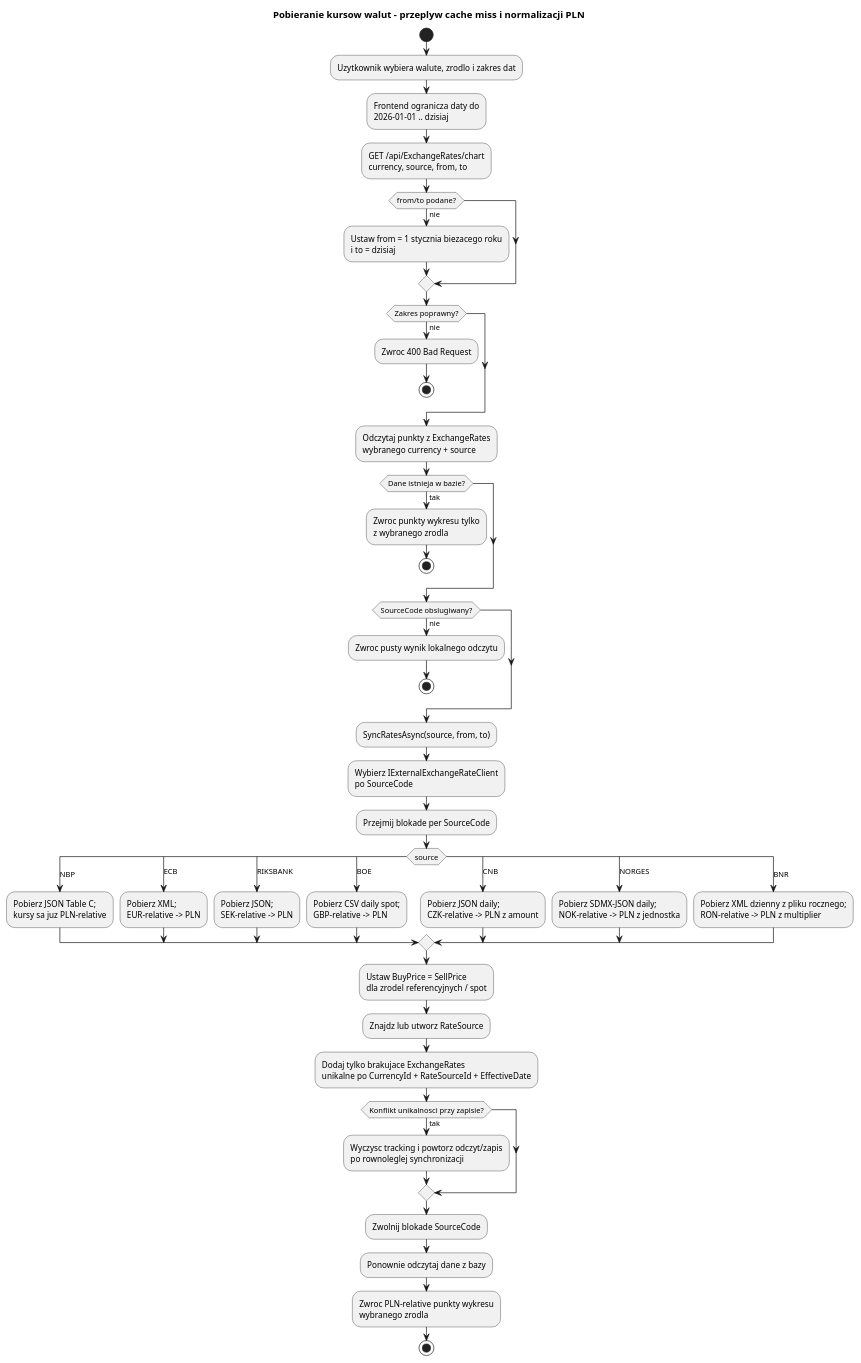
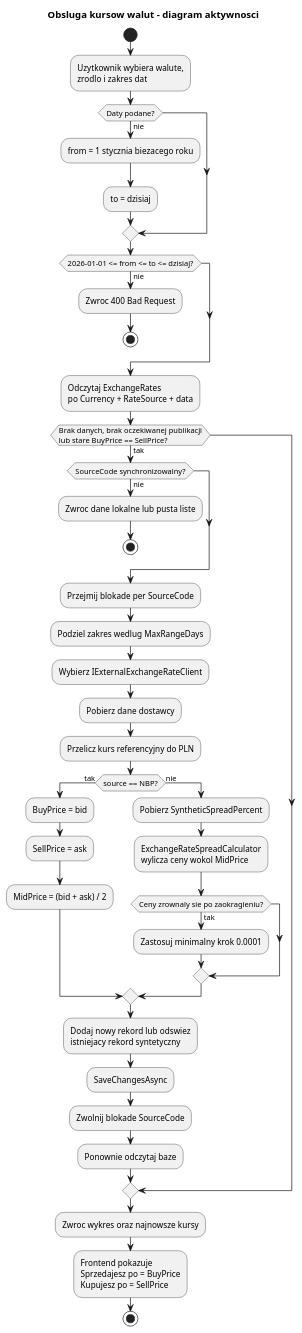
One commit to kacluc/GieudexPol changed the diagram in UML/KursyWalut/PobieranieKursowActivity.puml. Above: the diagram before and after it, drawn with PlantUML. The commit also changed 59 other files, not shown here.

```diff
--- a/UML/KursyWalut/PobieranieKursowActivity.puml
+++ b/UML/KursyWalut/PobieranieKursowActivity.puml
@@ -1,63 +1,52 @@
 @startuml
-title Pobieranie kursow walut - przeplyw cache miss i normalizacji PLN
+title Obsluga kursow walut - diagram aktywnosci
 
 start
-:Uzytkownik wybiera walute, zrodlo i zakres dat;
-:Frontend ogranicza daty do\n2026-01-01 .. dzisiaj;
-:GET /api/ExchangeRates/chart\ncurrency, source, from, to;
+:Uzytkownik wybiera walute,\nzrodlo i zakres dat;
 
-if (from/to podane?) then (nie)
-  :Ustaw from = 1 stycznia biezacego roku\ni to = dzisiaj;
+if (Daty podane?) then (nie)
+  :from = 1 stycznia biezacego roku;
+  :to = dzisiaj;
 endif
 
-if (Zakres poprawny?) then (nie)
+if (2026-01-01 <= from <= to <= dzisiaj?) then (nie)
   :Zwroc 400 Bad Request;
   stop
 endif
 
-:Odczytaj punkty z ExchangeRates\nwybranego currency + source;
-if (Dane istnieja w bazie?) then (tak)
-  :Zwroc punkty wykresu tylko\nz wybranego zrodla;
-  stop
+:Odczytaj ExchangeRates\npo Currency + RateSource + data;
+
+if (Brak danych, brak oczekiwanej publikacji\nlub stare BuyPrice == SellPrice?) then (tak)
+  if (SourceCode synchronizowalny?) then (nie)
+    :Zwroc dane lokalne lub pusta liste;
+    stop
+  endif
+
+  :Przejmij blokade per SourceCode;
+  :Podziel zakres wedlug MaxRangeDays;
+  :Wybierz IExternalExchangeRateClient;
+  :Pobierz dane dostawcy;
+  :Przelicz kurs referencyjny do PLN;
+
+  if (source == NBP?) then (tak)
+    :BuyPrice = bid;
+    :SellPrice = ask;
+    :MidPrice = (bid + ask) / 2;
+  else (nie)
+    :Pobierz SyntheticSpreadPercent;
+    :ExchangeRateSpreadCalculator\nwylicza ceny wokol MidPrice;
+    if (Ceny zrownaly sie po zaokragleniu?) then (tak)
+      :Zastosuj minimalny krok 0.0001;
+    endif
+  endif
+
+  :Dodaj nowy rekord lub odswiez\nistniejacy rekord syntetyczny;
+  :SaveChangesAsync;
+  :Zwolnij blokade SourceCode;
+  :Ponownie odczytaj baze;
 endif
 
-if (SourceCode obslugiwany?) then (nie)
-  :Zwroc pusty wynik lokalnego odczytu;
-  stop
-endif
-
-:SyncRatesAsync(source, from, to);
-:Wybierz IExternalExchangeRateClient\npo SourceCode;
-:Przejmij blokade per SourceCode;
-
-switch (source)
-case (NBP)
-  :Pobierz JSON Table C;\nkursy sa juz PLN-relative;
-case (ECB)
-  :Pobierz XML;\nEUR-relative -> PLN;
-case (RIKSBANK)
-  :Pobierz JSON;\nSEK-relative -> PLN;
-case (BOE)
-  :Pobierz CSV daily spot;\nGBP-relative -> PLN;
-case (CNB)
-  :Pobierz JSON daily;\nCZK-relative -> PLN z amount;
-case (NORGES)
-  :Pobierz SDMX-JSON daily;\nNOK-relative -> PLN z jednostka;
-case (BNR)
-  :Pobierz XML dzienny z pliku rocznego;\nRON-relative -> PLN z multiplier;
-endswitch
-
-:Ustaw BuyPrice = SellPrice\ndla zrodel referencyjnych / spot;
-:Znajdz lub utworz RateSource;
-:Dodaj tylko brakujace ExchangeRates\nunikalne po CurrencyId + RateSourceId + EffectiveDate;
-
-if (Konflikt unikalnosci przy zapisie?) then (tak)
-  :Wyczysc tracking i powtorz odczyt/zapis\npo rownoleglej synchronizacji;
-endif
-
-:Zwolnij blokade SourceCode;
-:Ponownie odczytaj dane z bazy;
-:Zwroc PLN-relative punkty wykresu\nwybranego zrodla;
+:Zwroc wykres oraz najnowsze kursy;
+:Frontend pokazuje\nSprzedajesz po = BuyPrice\nKupujesz po = SellPrice;
 stop
-
 @enduml
```
